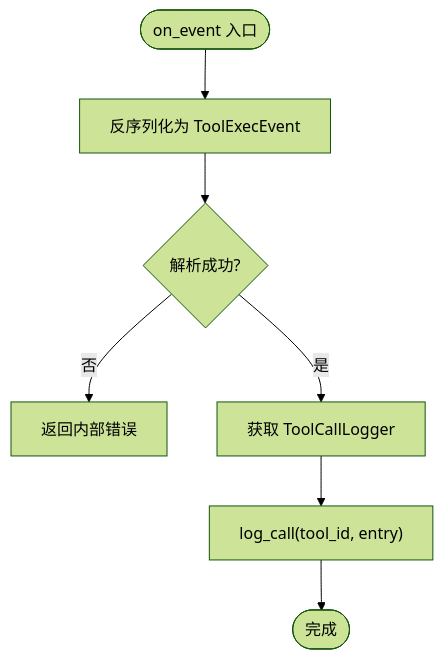
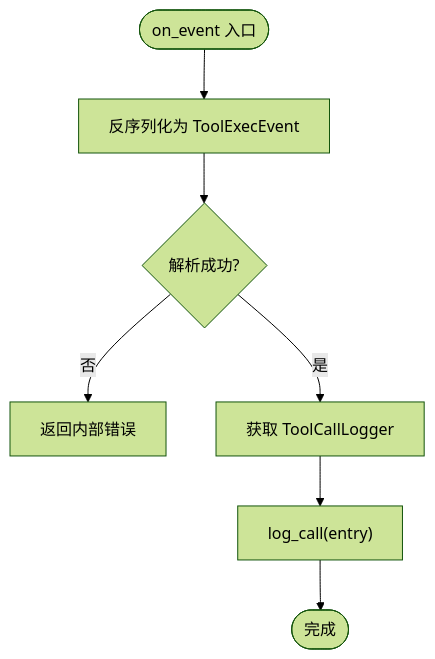
Before and after one commit to runningcoders/ai_orz: the third of 6 diagrams in docs/wiki/zh/content/核心模块/AOP 事件系统/消费者框架/工具执行消费者.md, drawn with Mermaid (forest theme). The commit also changed other lines of this file and 6 other files, not shown here.

Commit message:
docs(wiki): 同步工具调用追踪与记忆写入现状 — call trace 路径改为 tools/call_trace/{YYYYMMDD}.jsonl，log_call/DailyJsonlWriter 签名与时序图更新（拉平 + 不数行 + append_batch），ToolCallLogger 不再按 tool_id 组织目录

````diff
--- a/docs/wiki/zh/content/核心模块/AOP 事件系统/消费者框架/工具执行消费者.md
+++ b/docs/wiki/zh/content/核心模块/AOP 事件系统/消费者框架/工具执行消费者.md
@@ -143,9 +143,9 @@
 ```mermaid
 flowchart TD
 Start(["on_event 入口"]) --> Parse["反序列化为 ToolExecEvent"]
 Parse --> Ok{"解析成功?"}
 Ok -- 否 --> Err["返回内部错误"]
 Ok -- 是 --> GetLogger["获取 ToolCallLogger"]
-GetLogger --> Write["log_call(tool_id, entry)"]
+GetLogger --> Write["log_call(entry)"]
 Write --> Done(["完成"])
 ```
````
